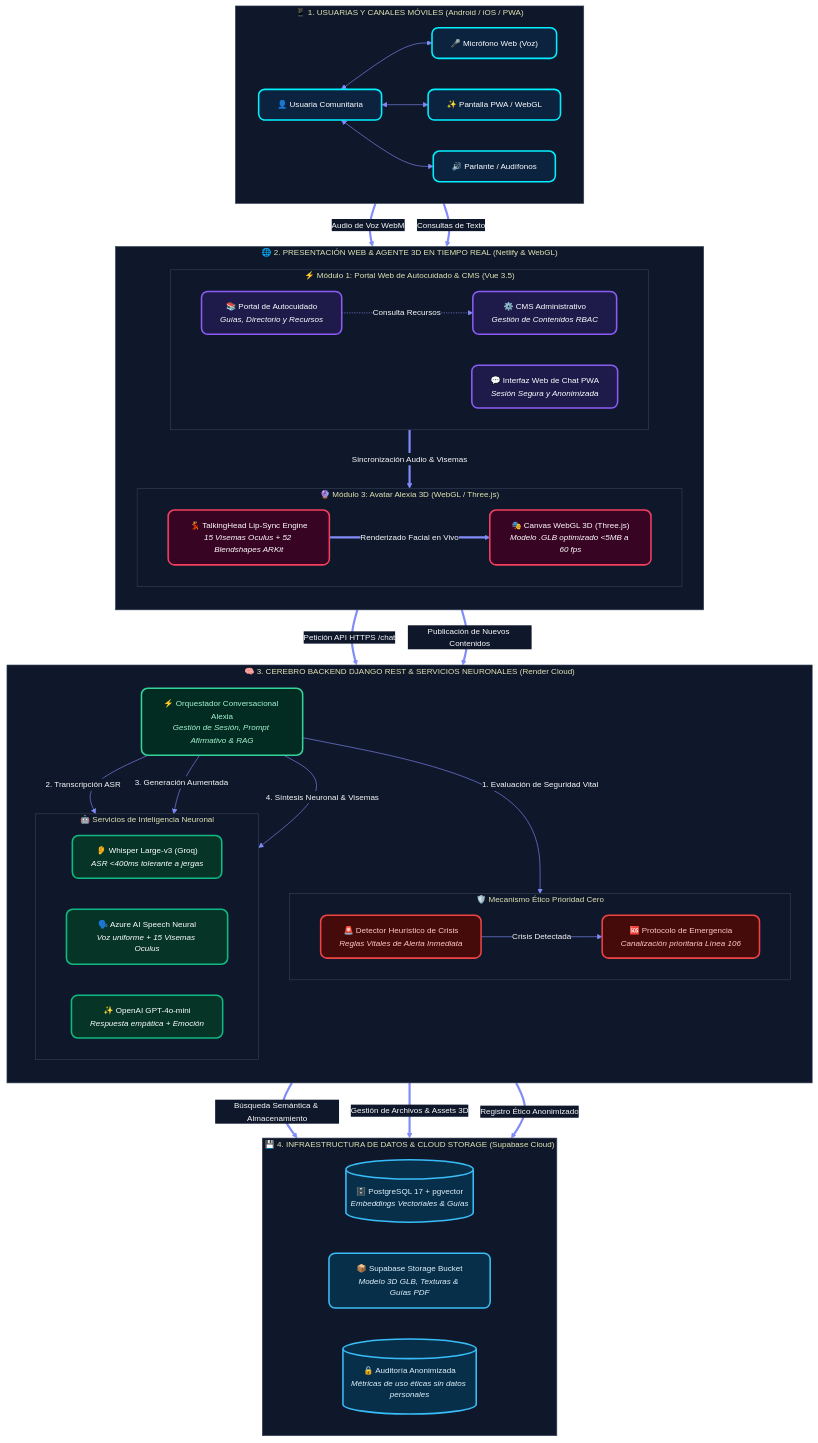
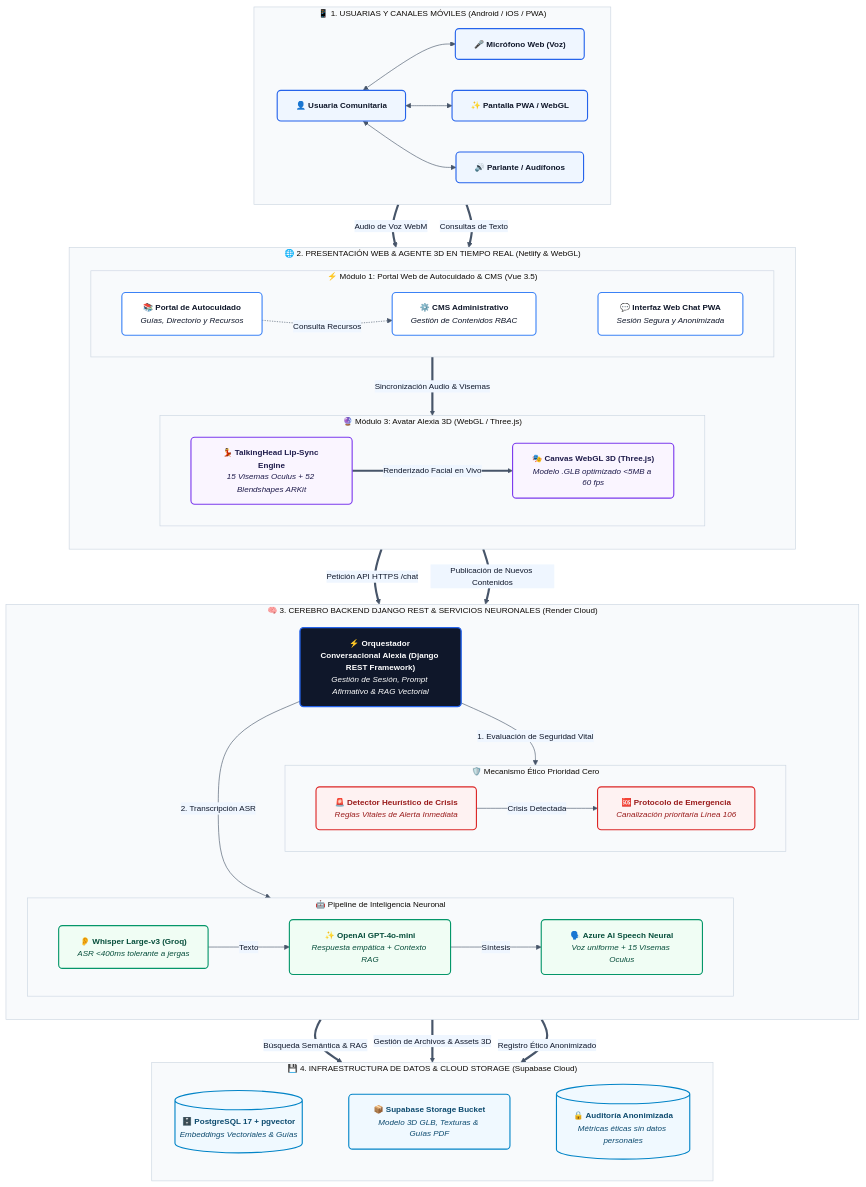
The diagram in docs/propuestas/arquitectura_transluz.mmd (lxiadevproject-prog/lxia_be), drawn with Mermaid before and after one commit. The commit also changed 2 other files, not shown here.

Commit message:
feat(docs): update architecture diagram with enterprise corporate palette and white canvas

```diff
--- a/docs/propuestas/arquitectura_transluz.mmd
+++ b/docs/propuestas/arquitectura_transluz.mmd
@@ -1,111 +1,115 @@
 %%{init: {
   'theme': 'base',
   'themeVariables': {
-    'background': '#0A0F1D',
-    'primaryColor': '#111827',
-    'primaryTextColor': '#F9FAFB',
-    'primaryBorderColor': '#38BDF8',
-    'lineColor': '#818CF8',
-    'secondaryColor': '#0F172A',
-    'tertiaryColor': '#1E1B4B',
-    'clusterBkg': '#0F172A',
-    'clusterBorder': '#334155',
-    'defaultLinkColor': '#38BDF8',
-    'fontFamily': 'Inter, system-ui, -apple-system, sans-serif',
+    'background': '#FFFFFF',
+    'primaryColor': '#F8FAFC',
+    'primaryTextColor': '#0F172A',
+    'primaryBorderColor': '#2563EB',
+    'lineColor': '#475569',
+    'secondaryColor': '#EFF6FF',
+    'tertiaryColor': '#F1F5F9',
+    'clusterBkg': '#F8FAFC',
+    'clusterBorder': '#CBD5E1',
+    'defaultLinkColor': '#2563EB',
+    'fontFamily': 'Montserrat, Inter, system-ui, -apple-system, sans-serif',
     'fontSize': '13px'
   }
 }}%%
 flowchart TD
-    %% Estilos Modernos Dark Cyber Pro (Vibrant Neon Glow)
-    classDef clientCard fill:#0C2340,stroke:#00F0FF,stroke-width:2.5px,color:#FFFFFF,rx:10px;
-    classDef m1Card fill:#1E1B4B,stroke:#8B5CF6,stroke-width:2.5px,color:#FFFFFF,rx:10px;
-    classDef m3Card fill:#380424,stroke:#F43F5E,stroke-width:2.5px,color:#FFFFFF,rx:10px;
-    classDef m2Card fill:#063528,stroke:#10B981,stroke-width:2.5px,color:#FFFFFF,rx:10px;
-    classDef orchCard fill:#022C22,stroke:#34D399,stroke-width:2.5px,color:#A7F3D0,rx:10px;
-    classDef crisisCard fill:#450A0A,stroke:#EF4444,stroke-width:2.5px,color:#FECACA,rx:10px;
-    classDef dataCard fill:#082F49,stroke:#38BDF8,stroke-width:2.5px,color:#E0F2FE,rx:10px;
+    %% Estilos Corporativos Ejecutivos (Paleta Formal Google Docs / Enterprise)
+    classDef clientCard fill:#EFF6FF,stroke:#2563EB,stroke-width:1.8px,color:#0F172A,rx:6px;
+    classDef m1Card fill:#FFFFFF,stroke:#3B82F6,stroke-width:1.8px,color:#0F172A,rx:6px;
+    classDef m3Card fill:#FAF5FF,stroke:#7C3AED,stroke-width:1.8px,color:#1E1B4B,rx:6px;
+    classDef m2Card fill:#F0FDF4,stroke:#059669,stroke-width:1.8px,color:#064E3B,rx:6px;
+    classDef orchCard fill:#0F172A,stroke:#2563EB,stroke-width:2.2px,color:#FFFFFF,rx:6px;
+    classDef crisisCard fill:#FEF2F2,stroke:#DC2626,stroke-width:1.8px,color:#991B1B,rx:6px;
+    classDef dataCard fill:#F0F9FF,stroke:#0284C7,stroke-width:1.8px,color:#0C4A6E,rx:6px;
 
     %% 1. USUARIAS Y CANALES MÓVILES (TOP)
     subgraph L1 ["📱 1. USUARIAS Y CANALES MÓVILES (Android / iOS / PWA)"]
         direction LR
-        U["👤 Usuaria Comunitaria"]
-        MIC["🎤 Micrófono Web (Voz)"]
-        UI["✨ Pantalla PWA / WebGL"]
-        SPK["🔊 Parlante / Audífonos"]
+        U["👤 <b>Usuaria Comunitaria</b>"]
+        MIC["🎤 <b>Micrófono Web (Voz)</b>"]
+        UI["✨ <b>Pantalla PWA / WebGL</b>"]
+        SPK["🔊 <b>Parlante / Audífonos</b>"]
         U <--> MIC
         U <--> UI
         U <--> SPK
     end
     class U,MIC,UI,SPK clientCard;
 
     %% 2. PRESENTACIÓN WEB Y AGENTE VIRTUAL 3D
     subgraph L2 ["🌐 2. PRESENTACIÓN WEB & AGENTE 3D EN TIEMPO REAL (Netlify & WebGL)"]
         direction TB
         subgraph M1_BOX ["⚡ Módulo 1: Portal Web de Autocuidado & CMS (Vue 3.5)"]
             direction LR
-            PORTAL["📚 Portal de Autocuidado<br/><i>Guías, Directorio y Recursos</i>"]
-            CMS["⚙️ CMS Administrativo<br/><i>Gestión de Contenidos RBAC</i>"]
-            CHAT_UI["💬 Interfaz Web de Chat PWA<br/><i>Sesión Segura y Anonimizada</i>"]
+            PORTAL["📚 <b>Portal de Autocuidado</b><br/><i>Guías, Directorio y Recursos</i>"]
+            CMS["⚙️ <b>CMS Administrativo</b><br/><i>Gestión de Contenidos RBAC</i>"]
+            CHAT_UI["💬 <b>Interfaz Web Chat PWA</b><br/><i>Sesión Segura y Anonimizada</i>"]
+            PORTAL ~~~ CMS ~~~ CHAT_UI
         end
         subgraph M3_BOX ["🔮 Módulo 3: Avatar Alexia 3D (WebGL / Three.js)"]
             direction LR
-            HEAD["💃 TalkingHead Lip-Sync Engine<br/><i>15 Visemas Oculus + 52 Blendshapes ARKit</i>"]
-            CANVAS["🎭 Canvas WebGL 3D (Three.js)<br/><i>Modelo .GLB optimizado <5MB a 60 fps</i>"]
+            HEAD["💃 <b>TalkingHead Lip-Sync Engine</b><br/><i>15 Visemas Oculus + 52 Blendshapes ARKit</i>"]
+            CANVAS["🎭 <b>Canvas WebGL 3D (Three.js)</b><br/><i>Modelo .GLB optimizado <5MB a 60 fps</i>"]
+            HEAD ==>|Renderizado Facial en Vivo| CANVAS
         end
     end
     class PORTAL,CMS,CHAT_UI m1Card;
     class HEAD,CANVAS m3Card;
 
     %% 3. CEREBRO BACKEND DJANGO REST & IA NEURONAL
     subgraph L3 ["🧠 3. CEREBRO BACKEND DJANGO REST & SERVICIOS NEURONALES (Render Cloud)"]
         direction TB
-        ORCH["⚡ Orquestador Conversacional Alexia<br/><i>Gestión de Sesión, Prompt Afirmativo & RAG</i>"]
+        ORCH["⚡ <b>Orquestador Conversacional Alexia (Django REST Framework)</b><br/><i>Gestión de Sesión, Prompt Afirmativo & RAG Vectorial</i>"]
 
         subgraph ETHICS_ROW ["🛡️ Mecanismo Ético Prioridad Cero"]
             direction LR
-            SAFETY["🚨 Detector Heurístico de Crisis<br/><i>Reglas Vitales de Alerta Inmediata</i>"]
-            LINE106["🆘 Protocolo de Emergencia<br/><i>Canalización prioritaria Línea 106</i>"]
+            SAFETY["🚨 <b>Detector Heurístico de Crisis</b><br/><i>Reglas Vitales de Alerta Inmediata</i>"]
+            LINE106["🆘 <b>Protocolo de Emergencia</b><br/><i>Canalización prioritaria Línea 106</i>"]
+            SAFETY -->|Crisis Detectada| LINE106
         end
 
-        subgraph AI_ROW ["🤖 Servicios de Inteligencia Neuronal"]
+        subgraph AI_ROW ["🤖 Pipeline de Inteligencia Neuronal"]
             direction LR
-            WHISPER["👂 Whisper Large-v3 (Groq)<br/><i>ASR <400ms tolerante a jergas</i>"]
-            AZURE["🗣️ Azure AI Speech Neural<br/><i>Voz uniforme + 15 Visemas Oculus</i>"]
-            LLM["✨ OpenAI GPT-4o-mini<br/><i>Respuesta empática + Emoción</i>"]
+            WHISPER["👂 <b>Whisper Large-v3 (Groq)</b><br/><i>ASR <400ms tolerante a jergas</i>"]
+            LLM["✨ <b>OpenAI GPT-4o-mini</b><br/><i>Respuesta empática + Contexto RAG</i>"]
+            AZURE["🗣️ <b>Azure AI Speech Neural</b><br/><i>Voz uniforme + 15 Visemas Oculus</i>"]
+            WHISPER -->|Texto| LLM
+            LLM -->|Síntesis| AZURE
         end
+        
+        SAFETY ~~~ WHISPER
     end
     class ORCH orchCard;
     class WHISPER,AZURE,LLM m2Card;
     class SAFETY,LINE106 crisisCard;
 
     %% 4. CAPA DE DATOS Y STORAGE (BOTTOM)
     subgraph L4 ["💾 4. INFRAESTRUCTURA DE DATOS & CLOUD STORAGE (Supabase Cloud)"]
         direction LR
-        PGVECTOR[("🗄️ PostgreSQL 17 + pgvector<br/><i>Embeddings Vectoriales & Guías</i>")]
-        STORAGE["📦 Supabase Storage Bucket<br/><i>Modelo 3D GLB, Texturas & Guías PDF</i>"]
-        AUDIT[("🔒 Auditoría Anonimizada<br/><i>Métricas de uso éticas sin datos personales</i>")]
+        PGVECTOR[("🗄️ <b>PostgreSQL 17 + pgvector</b><br/><i>Embeddings Vectoriales & Guías</i>")]
+        STORAGE["📦 <b>Supabase Storage Bucket</b><br/><i>Modelo 3D GLB, Texturas & Guías PDF</i>"]
+        AUDIT[("🔒 <b>Auditoría Anonimizada</b><br/><i>Métricas éticas sin datos personales</i>")]
+        PGVECTOR ~~~ STORAGE ~~~ AUDIT
     end
     class PGVECTOR,STORAGE,AUDIT dataCard;
 
-    %% CONEXIONES DE CAPA A CAPA (Columna Vertebral Perfecta)
+    %% CONEXIONES DE CAPA A CAPA (Flujo Jerárquico Top-to-Bottom)
     MIC ==>|Audio de Voz WebM| CHAT_UI
     UI ==>|Consultas de Texto| CHAT_UI
     PORTAL -.->|Consulta Recursos| CMS
     CHAT_UI ==>|Sincronización Audio & Visemas| HEAD
-    HEAD ==>|Renderizado Facial en Vivo| CANVAS
 
     %% Capa 2 a Capa 3
     CHAT_UI ==>|Petición API HTTPS /chat| ORCH
     CMS ==>|Publicación de Nuevos Contenidos| ORCH
 
     %% Enrutamiento Interno en Backend
     ORCH -->|1. Evaluación de Seguridad Vital| SAFETY
-    SAFETY -->|Crisis Detectada| LINE106
     ORCH -->|2. Transcripción ASR| WHISPER
-    ORCH -->|3. Generación Aumentada| LLM
-    ORCH -->|4. Síntesis Neuronal & Visemas| AZURE
 
     %% Capa 3 a Capa 4
-    ORCH ==>|Búsqueda Semántica & Almacenamiento| PGVECTOR
+    ORCH ==>|Búsqueda Semántica & RAG| PGVECTOR
     ORCH ==>|Gestión de Archivos & Assets 3D| STORAGE
     ORCH ==>|Registro Ético Anonimizado| AUDIT
```
